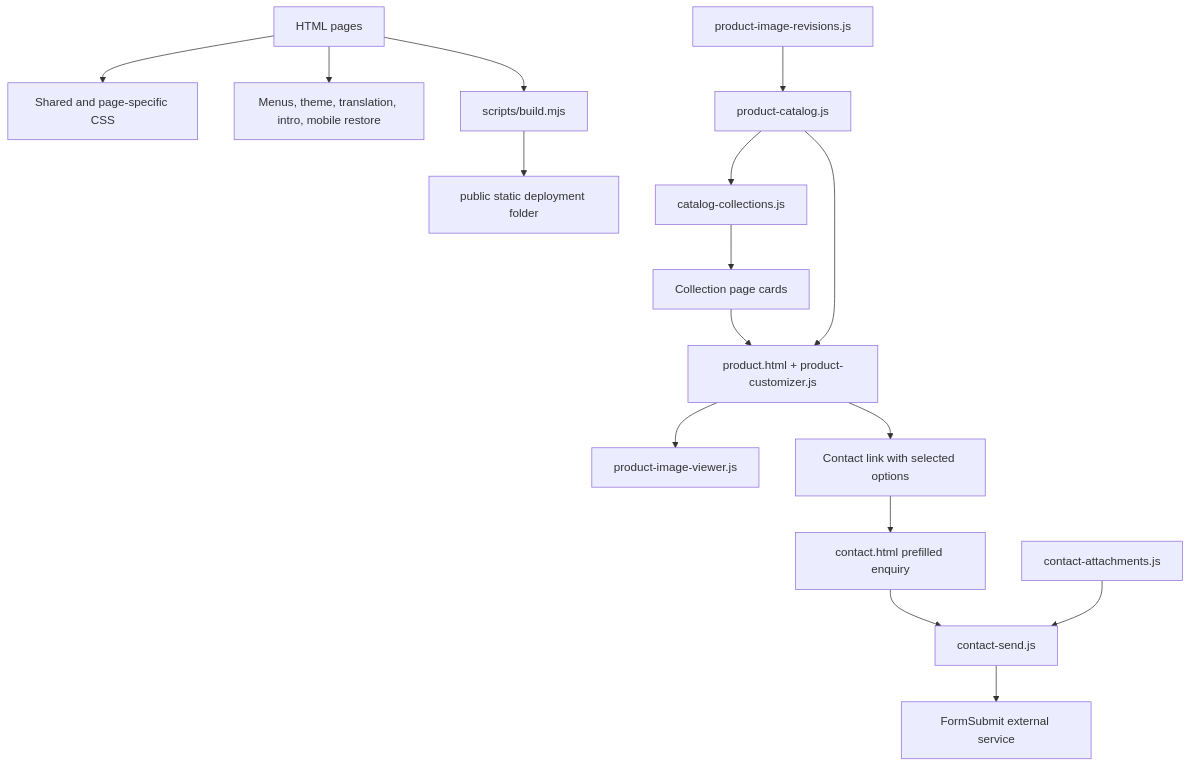
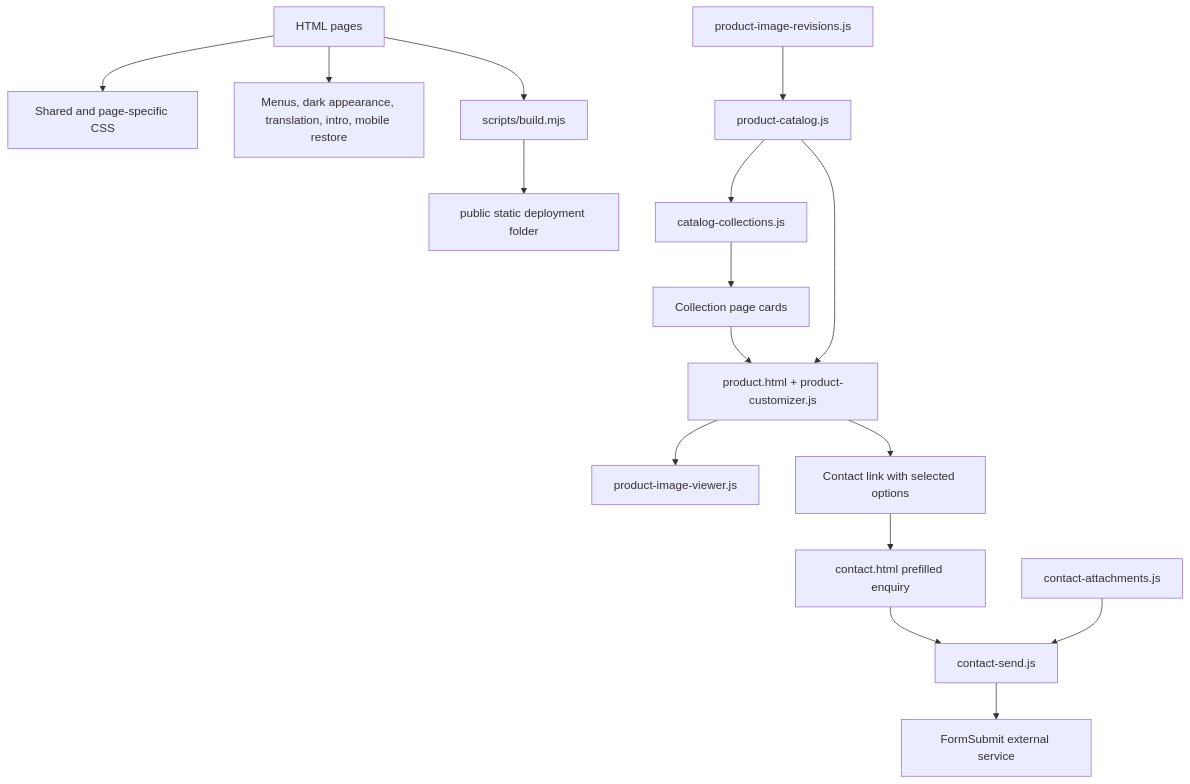
One commit to Tzanidakis/OpiumBite changed the diagram in README.md. Above: the diagram before and after it, drawn with Mermaid. The commit also changed other lines of this file and 53 other files, not shown here.

````diff
--- a/README.md
+++ b/README.md
@@ -49,18 +49,18 @@
 ```mermaid
 flowchart TD
     HTML[HTML pages] --> CSS[Shared and page-specific CSS]
-    HTML --> Shared[Menus, theme, translation, intro, mobile restore]
+    HTML --> Shared[Menus, dark appearance, translation, intro, mobile restore]
     Revisions[product-image-revisions.js] --> Catalog[product-catalog.js]
     Catalog --> Cards[catalog-collections.js]
     Cards --> Collections[Collection page cards]
     Collections --> Product[product.html + product-customizer.js]
     Catalog --> Product
     Product --> Viewer[product-image-viewer.js]
     Product --> Query[Contact link with selected options]
     Query --> Contact[contact.html prefilled enquiry]
     Attachments[contact-attachments.js] --> Send[contact-send.js]
     Contact --> Send
     Send --> Provider[FormSubmit external service]
     HTML --> Build[scripts/build.mjs]
     Build --> Public[public static deployment folder]
 ```
````
